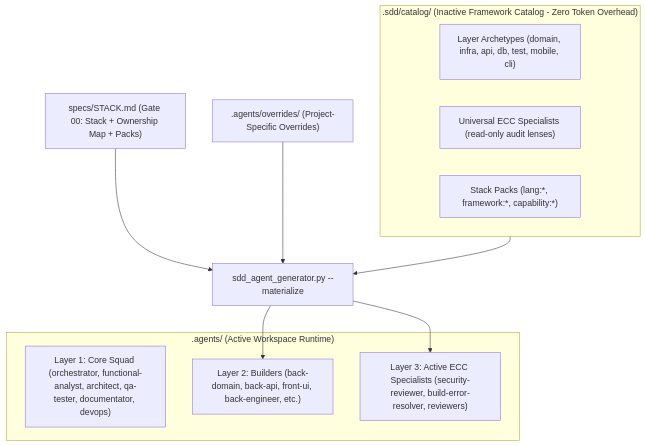
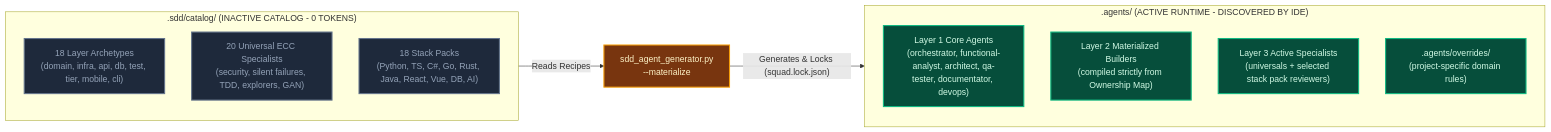
Before and after one commit to serchodm/sdd-agentic-starter: the third of 6 diagrams in README.md, drawn with Mermaid. The commit also changed other lines of this file and 2 other files, not shown here.

First line of the commit message:
docs(readme): enrich architectural box-diagrams, comprehensive specialist tables, and SDD lifecycle

````diff
--- a/README.md
+++ b/README.md
@@ -45,21 +177,26 @@
 ```mermaid
-flowchart TD
-    subgraph CAT[".sdd/catalog/ (Inactive Framework Catalog - Zero Token Overhead)"]
-        ARQ["Layer Archetypes (domain, infra, api, db, test, mobile, cli)"]
-        SPC["Universal ECC Specialists (read-only audit lenses)"]
-        PK["Stack Packs (lang:*, framework:*, capability:*)"]
+flowchart LR
+    classDef catStyle fill:#1e293b,stroke:#64748b,stroke-width:2px,color:#94a3b8;
+    classDef genStyle fill:#78350f,stroke:#f59e0b,stroke-width:2px,color:#fef3c7;
+    classDef liveStyle fill:#064e3b,stroke:#10b981,stroke-width:2px,color:#d1fae5;
+
+    subgraph INERT [".sdd/catalog/ (INACTIVE CATALOG - 0 TOKENS)"]
+        direction TB
+        ARQC["18 Layer Archetypes<br>(domain, infra, api, db, test, tier, mobile, cli)"]:::catStyle
+        SPECC["20 Universal ECC Specialists<br>(security, silent failures, TDD, explorers, GAN)"]:::catStyle
+        PACKC["18 Stack Packs<br>(Python, TS, C#, Go, Rust, Java, React, Vue, DB, AI)"]:::catStyle
     end
-    STACK["specs/STACK.md (Gate 00: Stack + Ownership Map + Packs)"]
-    GEN["sdd_agent_generator.py --materialize"]
-    OVR[".agents/overrides/ (Project-Specific Overrides)"]
-    subgraph LIVE[".agents/ (Active Workspace Runtime)"]
-        L1["Layer 1: Core Squad (orchestrator, functional-analyst, architect, qa-tester, documentator, devops)"]
-        L2["Layer 2: Builders (back-domain, back-api, front-ui, back-engineer, etc.)"]
-        L3["Layer 3: Active ECC Specialists (security-reviewer, build-error-resolver, reviewers)"]
+
+    GEN["sdd_agent_generator.py<br>--materialize"]:::genStyle
+
+    subgraph RUNTIME [".agents/ (ACTIVE RUNTIME - DISCOVERED BY IDE)"]
+        direction TB
+        COREA["Layer 1 Core Agents<br>(orchestrator, functional-analyst, architect, qa-tester, documentator, devops)"]:::liveStyle
+        BUILDA["Layer 2 Materialized Builders<br>(compiled strictly from Ownership Map)"]:::liveStyle
+        SPECA["Layer 3 Active Specialists<br>(universals + selected stack pack reviewers)"]:::liveStyle
+        OVERA[".agents/overrides/<br>(project-specific domain rules)"]:::liveStyle
     end
-    CAT --> GEN
-    STACK --> GEN
-    OVR --> GEN
-    GEN --> L2
-    GEN --> L3
+
+    INERT -->|"Reads Recipes"| GEN
+    GEN -->|"Generates & Locks (squad.lock.json)"| RUNTIME
 ```
````
